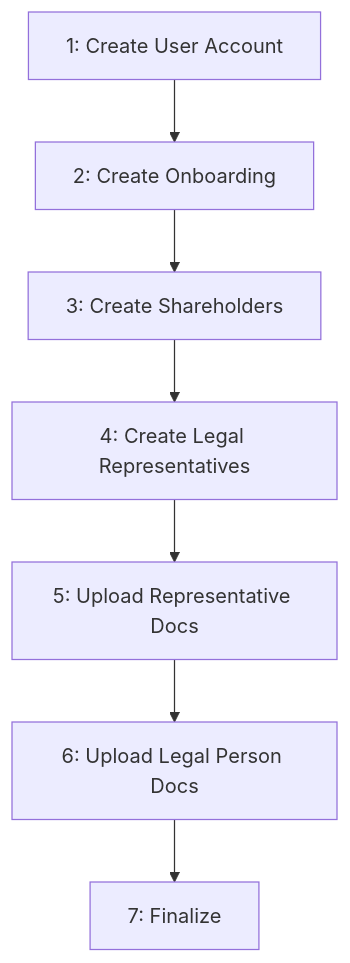
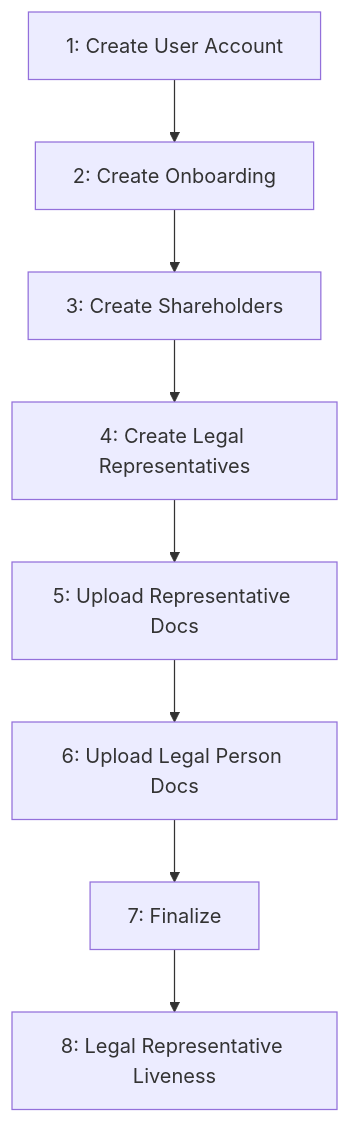
The diagram in docs/baas/guides/legal-person-onboarding.md (coinwise-io/zrobank-doc-api), drawn with Mermaid before and after one commit. The commit also changed other lines of this file, not shown here.

First line of the commit message:
docs: add legal representative liveness step to legal person guide

````diff
--- a/docs/baas/guides/legal-person-onboarding.md
+++ b/docs/baas/guides/legal-person-onboarding.md
@@ -12,9 +12,10 @@
 ```mermaid
 graph TD
     A[1: Create User Account] --> B[2: Create Onboarding]
     B --> C[3: Create Shareholders]
     C --> D[4: Create Legal Representatives]
     D --> E[5: Upload Representative Docs]
     E --> F[6: Upload Legal Person Docs]
     F --> G[7: Finalize]
+    G --> H[8: Legal Representative Liveness]
 ```
````
